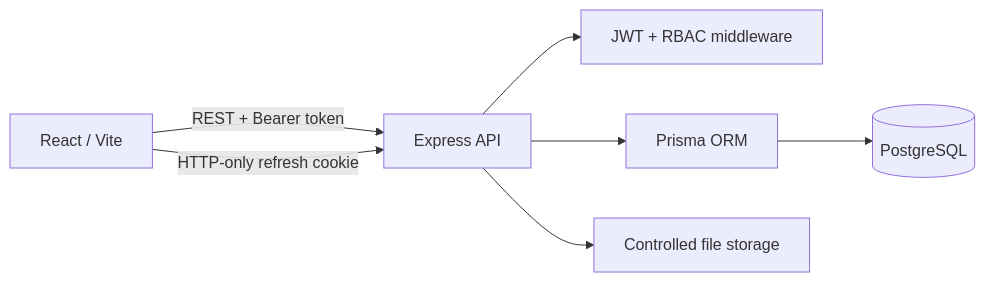
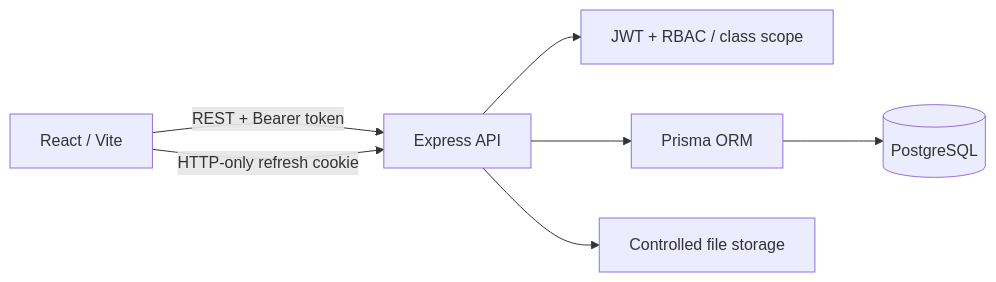
One commit to MeLlamoGer/teacher-planning-platform changed the diagram in README.md. Above: the diagram before and after it, drawn with Mermaid. The commit also changed other lines of this file, not shown here.

````diff
--- a/README.md
+++ b/README.md
@@ -42,9 +44,9 @@
 ```mermaid
 flowchart LR
     B[React / Vite] -->|REST + Bearer token| API[Express API]
     B -->|HTTP-only refresh cookie| API
-    API --> AUTH[JWT + RBAC middleware]
+    API --> AUTH[JWT + RBAC / class scope]
     API --> ORM[Prisma ORM]
     ORM --> DB[(PostgreSQL)]
     API --> FS[Controlled file storage]
 ```
````
